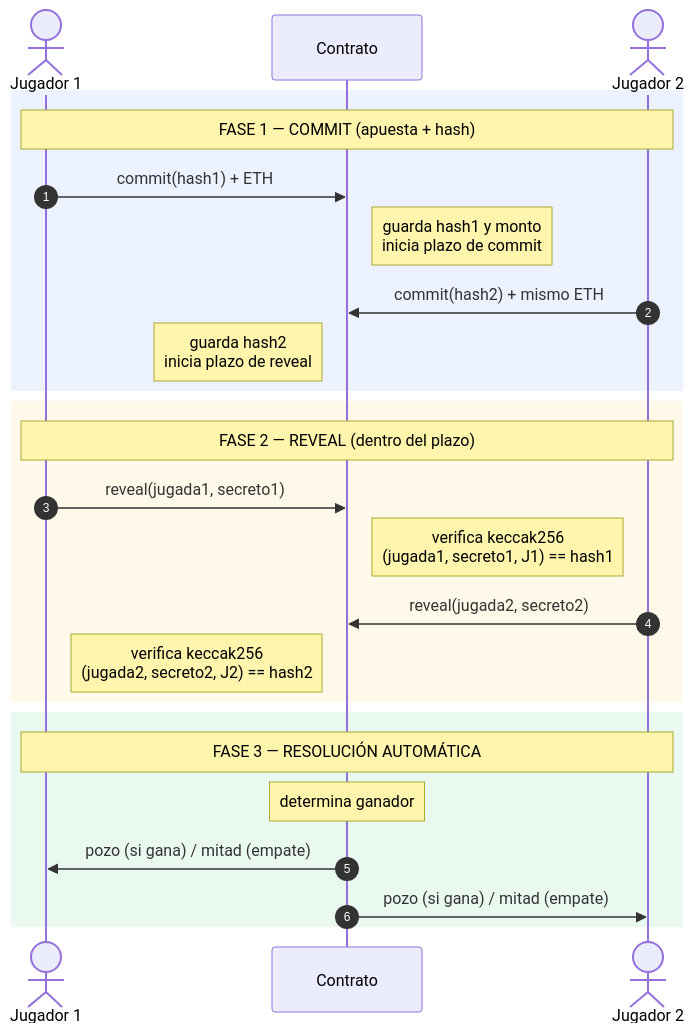
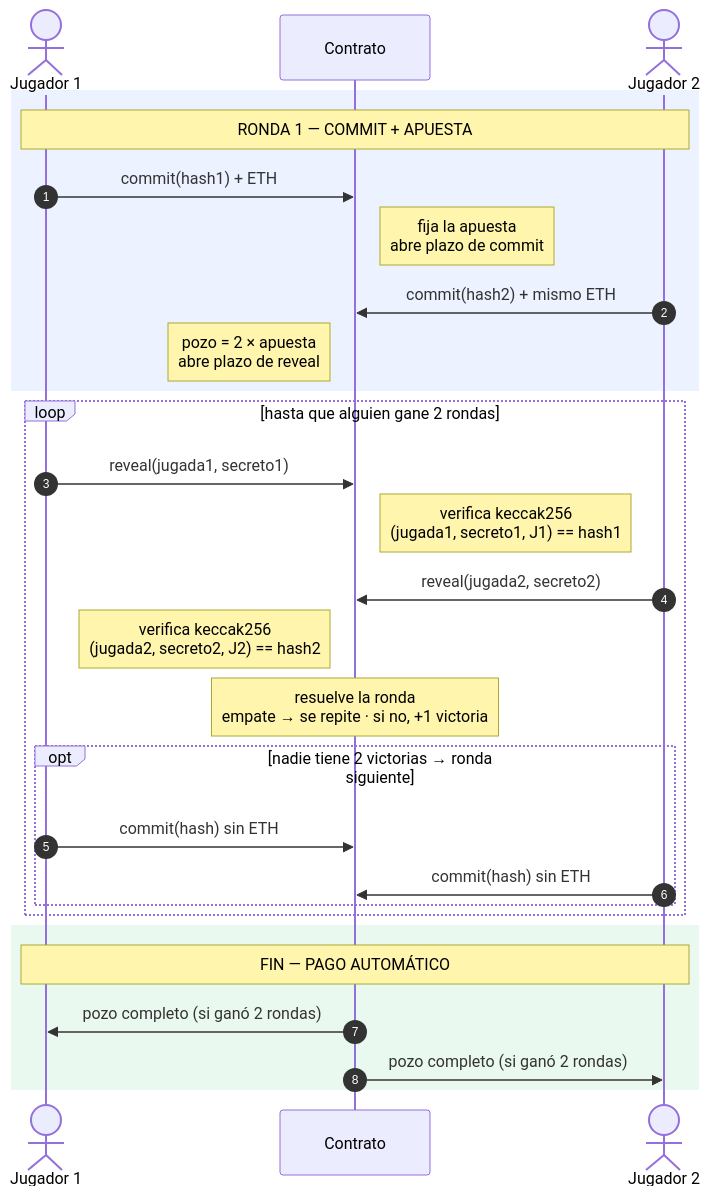
One commit to DiegoPyLL/Cachipun-Ethereum changed the first of 2 diagrams in README.md. Above: the diagram before and after it, drawn with Mermaid. The commit also changed other lines of this file and 15 other files, not shown here.

````diff
--- a/README.md
+++ b/README.md
@@ -11,30 +11,33 @@
 ```mermaid
 sequenceDiagram
     autonumber
     actor J1 as Jugador 1
     participant C as Contrato
     actor J2 as Jugador 2
 
     rect rgba(100, 150, 255, 0.12)
-    Note over J1,J2: FASE 1 — COMMIT (apuesta + hash)
+    Note over J1,J2: RONDA 1 — COMMIT + APUESTA
     J1->>C: commit(hash1) + ETH
-    Note right of C: guarda hash1 y monto<br/>inicia plazo de commit
+    Note right of C: fija la apuesta<br/>abre plazo de commit
     J2->>C: commit(hash2) + mismo ETH
-    Note left of C: guarda hash2<br/>inicia plazo de reveal
+    Note left of C: pozo = 2 × apuesta<br/>abre plazo de reveal
     end
 
-    rect rgba(255, 200, 80, 0.12)
-    Note over J1,J2: FASE 2 — REVEAL (dentro del plazo)
-    J1->>C: reveal(jugada1, secreto1)
-    Note right of C: verifica keccak256<br/>(jugada1, secreto1, J1) == hash1
-    J2->>C: reveal(jugada2, secreto2)
-    Note left of C: verifica keccak256<br/>(jugada2, secreto2, J2) == hash2
+    loop hasta que alguien gane 2 rondas
+        J1->>C: reveal(jugada1, secreto1)
+        Note right of C: verifica keccak256<br/>(jugada1, secreto1, J1) == hash1
+        J2->>C: reveal(jugada2, secreto2)
+        Note left of C: verifica keccak256<br/>(jugada2, secreto2, J2) == hash2
+        Note over C: resuelve la ronda<br/>empate → se repite · si no, +1 victoria
+        opt nadie tiene 2 victorias → ronda siguiente
+            J1->>C: commit(hash) sin ETH
+            J2->>C: commit(hash) sin ETH
+        end
     end
 
     rect rgba(80, 200, 120, 0.12)
-    Note over J1,J2: FASE 3 — RESOLUCIÓN AUTOMÁTICA
-    Note over C: determina ganador
-    C->>J1: pozo (si gana) / mitad (empate)
-    C->>J2: pozo (si gana) / mitad (empate)
+    Note over J1,J2: FIN — PAGO AUTOMÁTICO
+    C->>J1: pozo completo (si ganó 2 rondas)
+    C->>J2: pozo completo (si ganó 2 rondas)
     end
 ```
````
